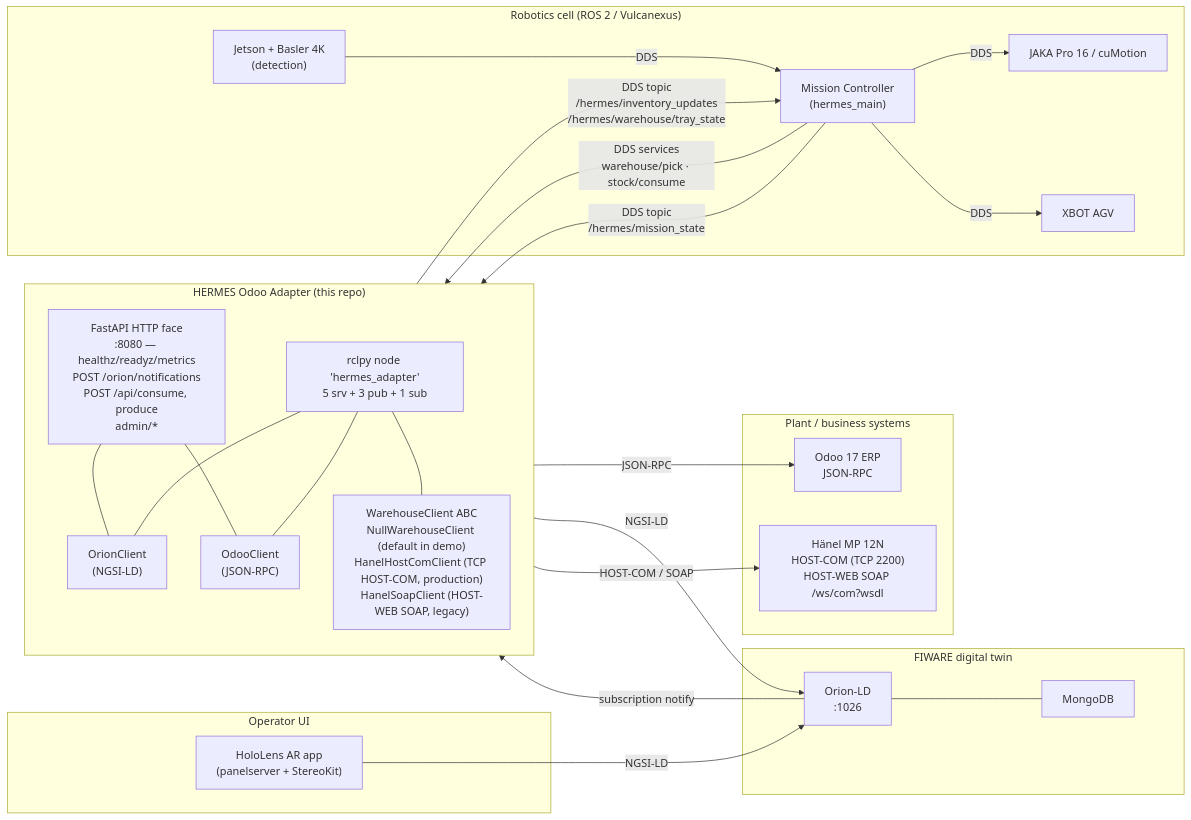
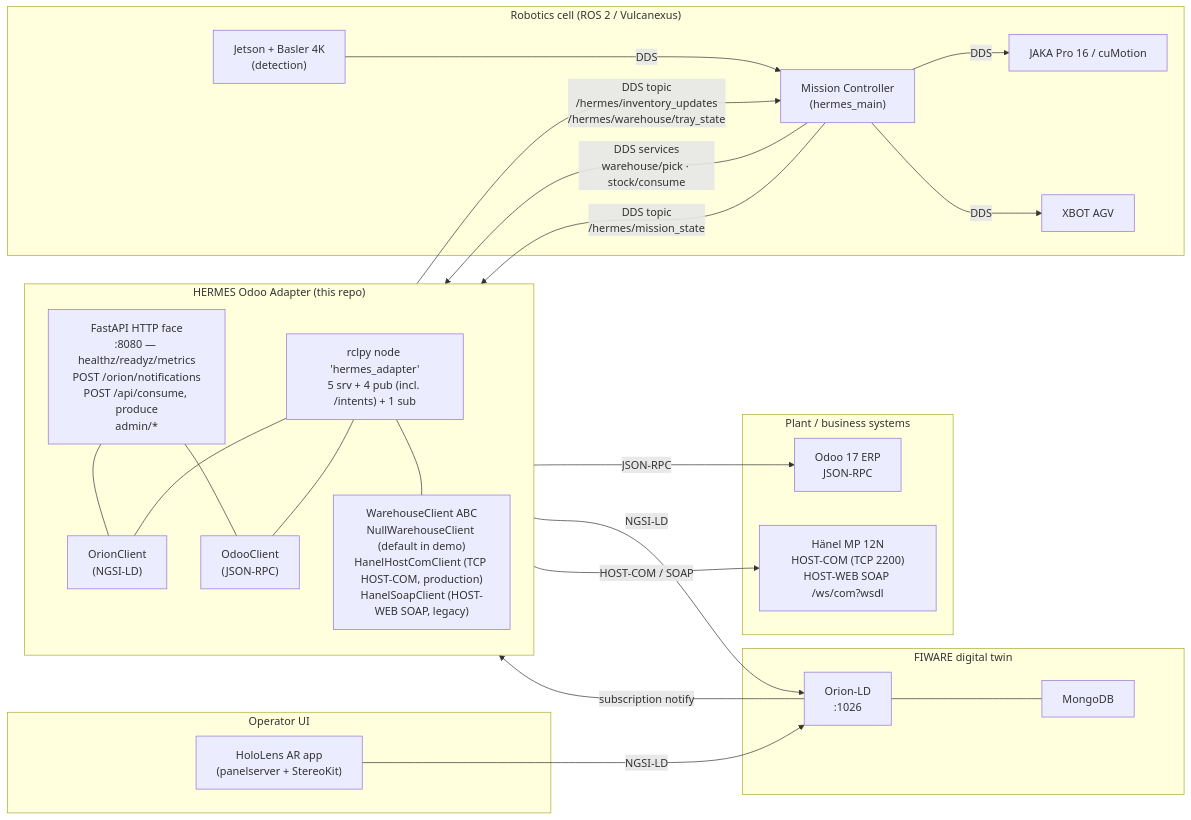
The diagram in media/architecture_diagram.md (Ampero-SRL/hermes-odoo-adapter), drawn with Mermaid before and after one commit. The commit also changed 10 other files, not shown here.

````diff
--- a/media/architecture_diagram.md
+++ b/media/architecture_diagram.md
@@ -6,50 +6,50 @@
 ```mermaid
 flowchart LR
     subgraph Robotics["Robotics cell (ROS 2 / Vulcanexus)"]
         MC["Mission Controller<br/>(hermes_main)"]
         Cobot["JAKA Pro 16 / cuMotion"]
         AGV["XBOT AGV"]
         Vision["Jetson + Basler 4K<br/>(detection)"]
         MC -- DDS --> Cobot
         MC -- DDS --> AGV
         Vision -- DDS --> MC
     end
 
     subgraph Adapter["HERMES Odoo Adapter (this repo)"]
         direction TB
         FAPI["FastAPI HTTP face<br/>:8080 — healthz/readyz/metrics<br/>POST /orion/notifications<br/>POST /api/consume, produce<br/>admin/*"]
-        RNODE["rclpy node 'hermes_adapter'<br/>5 srv + 3 pub + 1 sub"]
+        RNODE["rclpy node 'hermes_adapter'<br/>5 srv + 4 pub (incl. /intents) + 1 sub"]
         OdooClient["OdooClient<br/>(JSON-RPC)"]
         OrionClient["OrionClient<br/>(NGSI-LD)"]
         WClient["WarehouseClient ABC<br/>NullWarehouseClient (default in demo)<br/>HanelHostComClient (TCP HOST-COM, production)<br/>HanelSoapClient (HOST-WEB SOAP, legacy)"]
         FAPI --- OrionClient
         FAPI --- OdooClient
         RNODE --- WClient
         RNODE --- OdooClient
         RNODE --- OrionClient
     end
 
     subgraph Twin["FIWARE digital twin"]
         Orion["Orion-LD<br/>:1026"]
         Mongo["MongoDB"]
         Orion --- Mongo
     end
 
     subgraph Plant["Plant / business systems"]
         Odoo["Odoo 17 ERP<br/>JSON-RPC"]
         Hanel["Hänel MP 12N<br/>HOST-COM (TCP 2200)<br/>HOST-WEB SOAP /ws/com?wsdl"]
     end
 
     subgraph Operator["Operator UI"]
         Hololens["HoloLens AR app<br/>(panelserver + StereoKit)"]
     end
 
     MC -- DDS services<br/>warehouse/pick · stock/consume --> RNODE
     MC -- DDS topic<br/>/hermes/mission_state --> RNODE
     RNODE -- DDS topic<br/>/hermes/inventory_updates<br/>/hermes/warehouse/tray_state --> MC
     OdooClient -- JSON-RPC --> Odoo
     OrionClient -- NGSI-LD --> Orion
     WClient -- "HOST-COM / SOAP" --> Hanel
     Hololens -- NGSI-LD --> Orion
     Orion -- "subscription notify" --> FAPI
 ```
````
